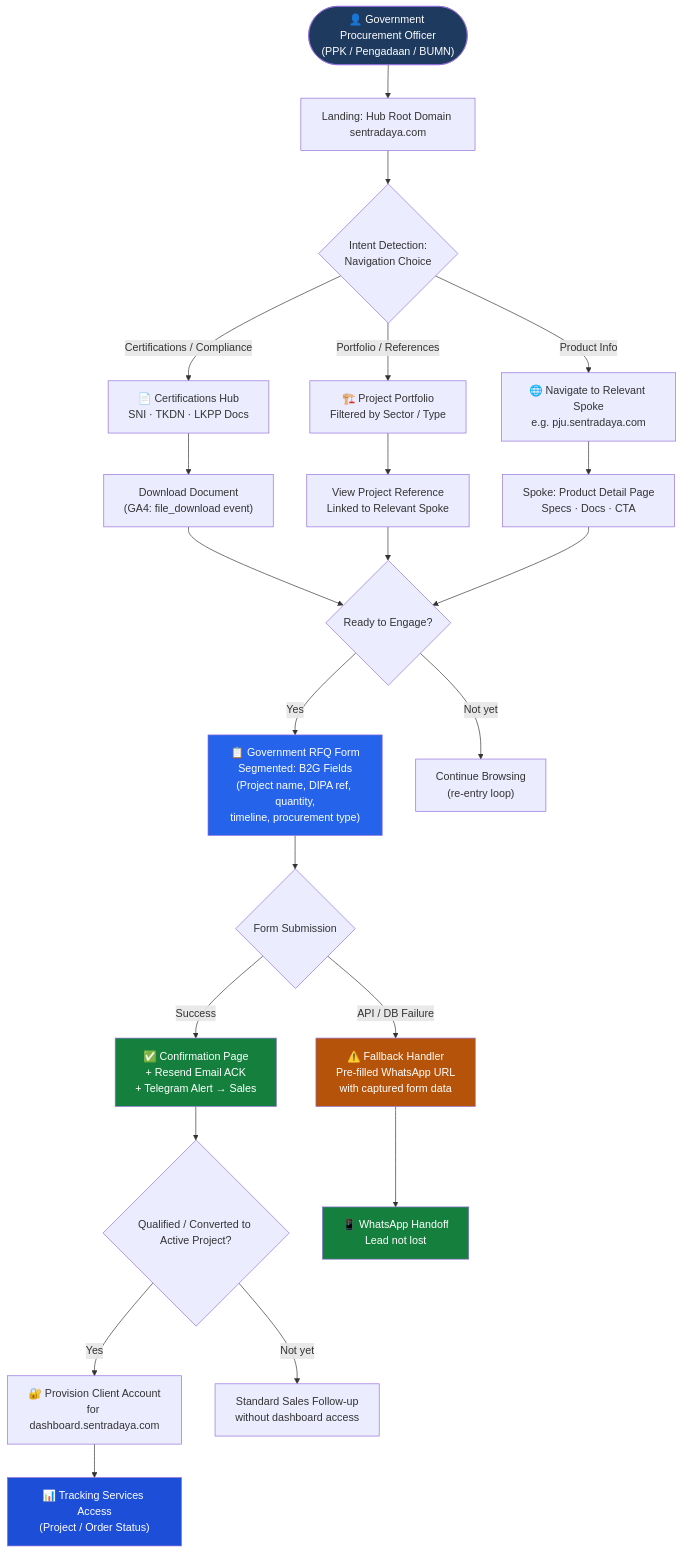
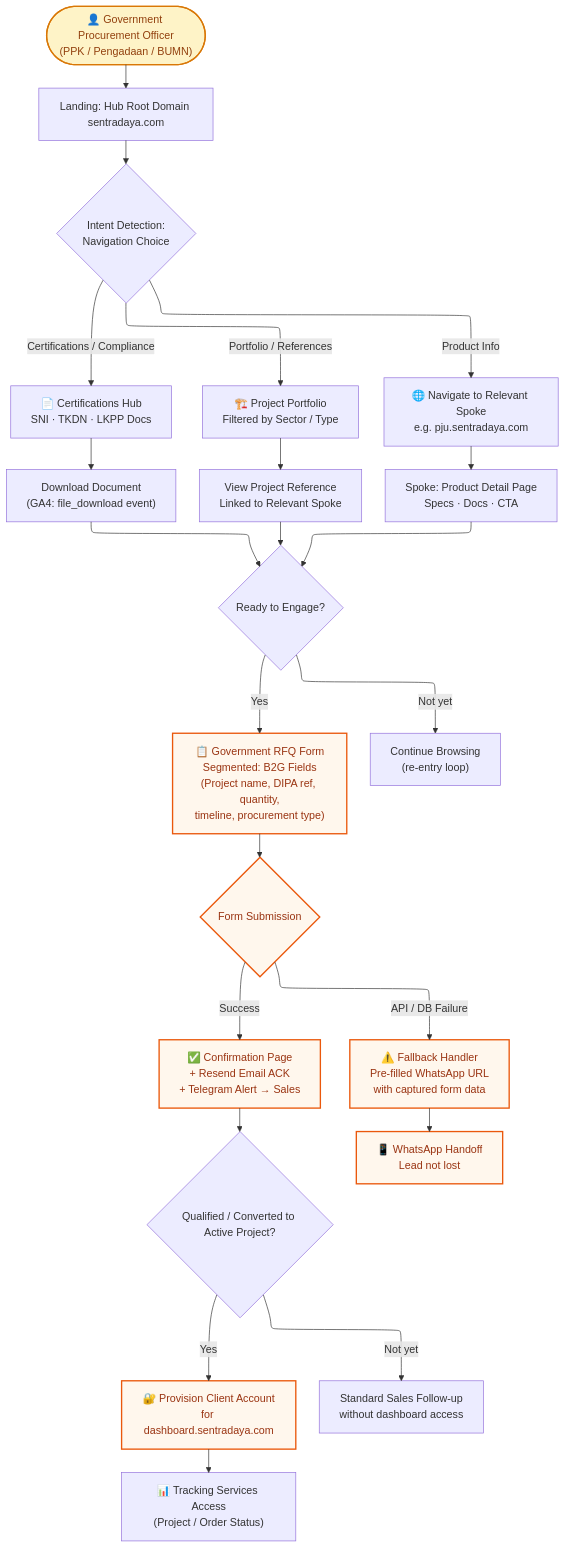
One commit to pampam666/awesome-website-test changed the second of 4 diagrams in .taskmaster/docs/prd/prd-v3.md. Above: the diagram before and after it, drawn with Mermaid. The commit also changed other lines of this file and 7 other files, not shown here.

Commit message:
docs: initialize information architecture and project requirement documentation for digital ecosystem platform

````diff
--- a/.taskmaster/docs/prd/prd-v3.md
+++ b/.taskmaster/docs/prd/prd-v3.md
@@ -154,30 +158,37 @@
 ```mermaid
+---
+config:
+  layout: elk
+---
 flowchart TD
+    classDef entry fill:#fef3c7,stroke:#d97706,stroke-width:2px,color:#92400e
+    classDef conversion fill:#fff7ed,stroke:#ea580c,stroke-width:2px,color:#9a3412
+
     A(["👤 Government Procurement Officer\n(PPK / Pengadaan / BUMN)"])
     A --> B["Landing: Hub Root Domain sentradaya.com"]
     B --> C{"Intent Detection:\nNavigation Choice"}
     C -->|"Certifications / Compliance"| D["📄 Certifications Hub\nSNI · TKDN · LKPP Docs"]
     C -->|"Portfolio / References"| E["🏗️ Project Portfolio\nFiltered by Sector / Type"]
     C -->|"Product Info"| F["🌐 Navigate to Relevant Spoke\ne.g. pju.sentradaya.com"]
     D --> G["Download Document\n(GA4: file_download event)"]
     E --> H["View Project Reference\nLinked to Relevant Spoke"]
     F --> I["Spoke: Product Detail Page\nSpecs · Docs · CTA"]
     G & H & I --> J{"Ready to Engage?"}
     J -->|"Yes"| K["📋 Government RFQ Form\nSegmented: B2G Fields\n(Project name, DIPA ref, quantity,\ntimeline, procurement type)"]
     J -->|"Not yet"| L["Continue Browsing\n(re-entry loop)"]
     K --> M{"Form Submission"}
     M -->|"Success"| N["✅ Confirmation Page\n+ Resend Email ACK\n+ Telegram Alert → Sales"]
     N --> Q{"Qualified / Converted to Active Project?"}
     Q -->|"Yes"| R["🔐 Provision Client Account\nfor dashboard.sentradaya.com"]
     R --> S["📊 Tracking Services Access\n(Project / Order Status)"]
     Q -->|"Not yet"| T["Standard Sales Follow-up\nwithout dashboard access"]
     M -->|"API / DB Failure"| O["⚠️ Fallback Handler\nPre-filled WhatsApp URL\nwith captured form data"]
     O --> P["📱 WhatsApp Handoff\nLead not lost"]
-
-    style A fill:#1e3a5f,color:#fff
-    style K fill:#2563eb,color:#fff
-    style N fill:#15803d,color:#fff
-    style O fill:#b45309,color:#fff
-    style P fill:#15803d,color:#fff
-    style S fill:#1d4ed8,color:#fff
+    class A entry
+    class K conversion
+    class M conversion
+    class N conversion
+    class O conversion
+    class P conversion
+    class R conversion
 ```
````
